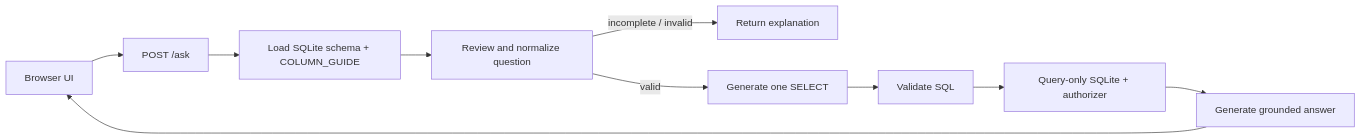
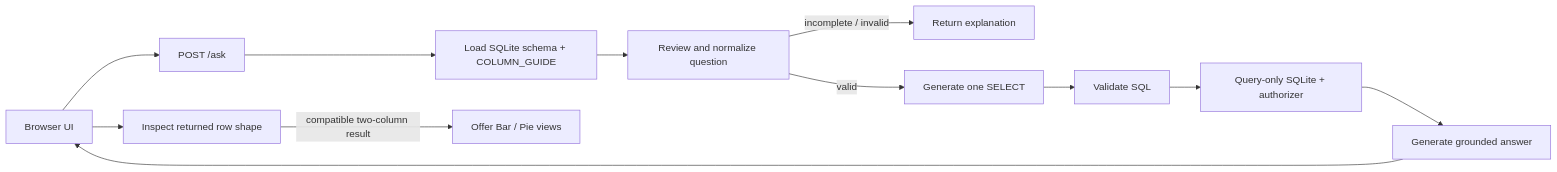
One commit to alirezarashidipp/agentic-sql-to-db-project changed the diagram in docs/architecture.md. Above: the diagram before and after it, drawn with Mermaid. The commit also changed other lines of this file and 12 other files, not shown here.

Commit message:
Add conditional result charts

````diff
--- a/docs/architecture.md
+++ b/docs/architecture.md
@@ -23,12 +23,14 @@
 ```mermaid
 flowchart LR
     UI["Browser UI"] --> API["POST /ask"]
     API --> Schema["Load SQLite schema + COLUMN_GUIDE"]
     Schema --> Review["Review and normalize question"]
     Review -->|"incomplete / invalid"| Reply["Return explanation"]
     Review -->|"valid"| SQL["Generate one SELECT"]
     SQL --> Guard["Validate SQL"]
     Guard --> DB["Query-only SQLite + authorizer"]
     DB --> Answer["Generate grounded answer"]
     Answer --> UI
+    UI --> Shape["Inspect returned row shape"]
+    Shape -->|"compatible two-column result"| Chart["Offer Bar / Pie views"]
 ```
````
